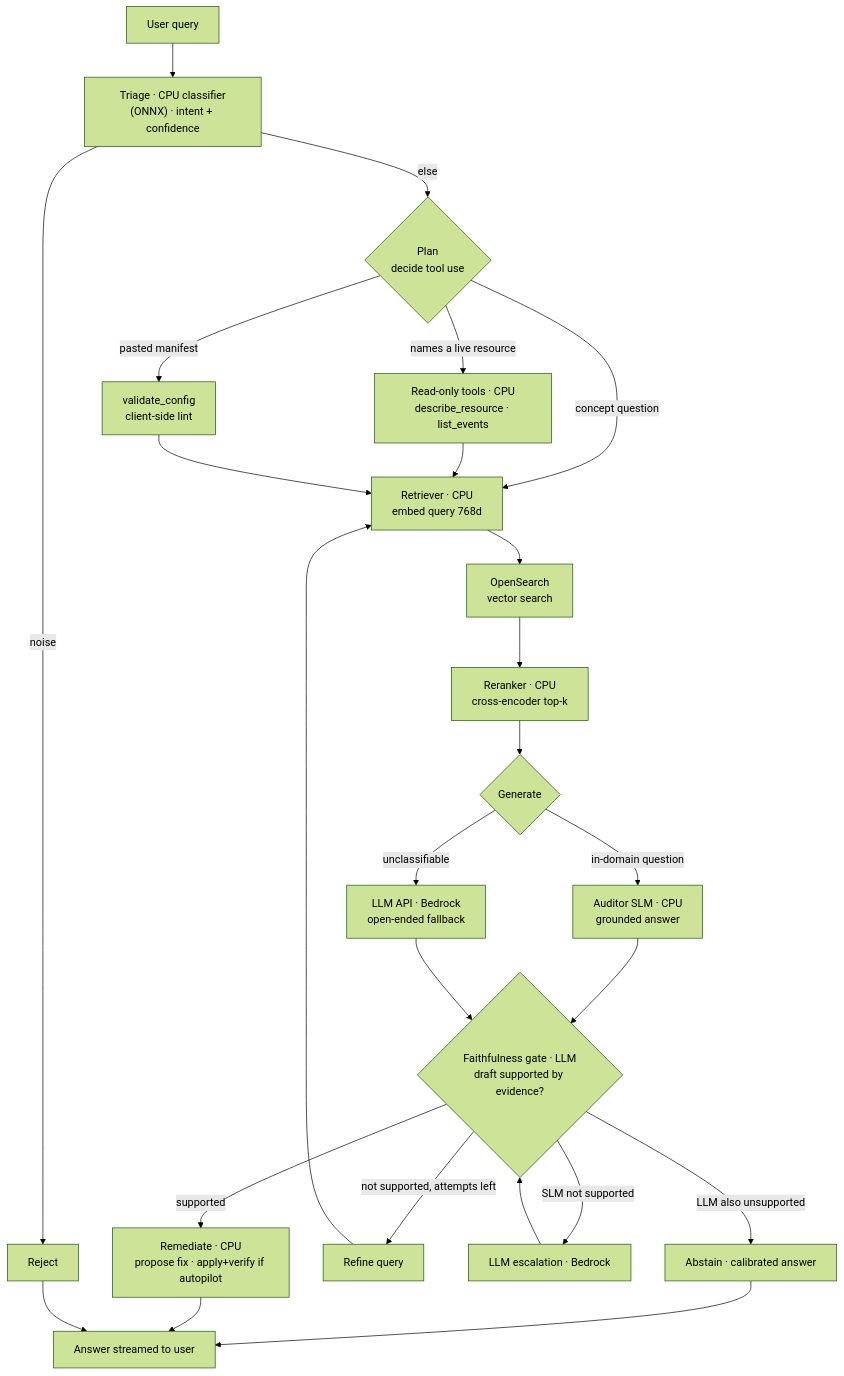
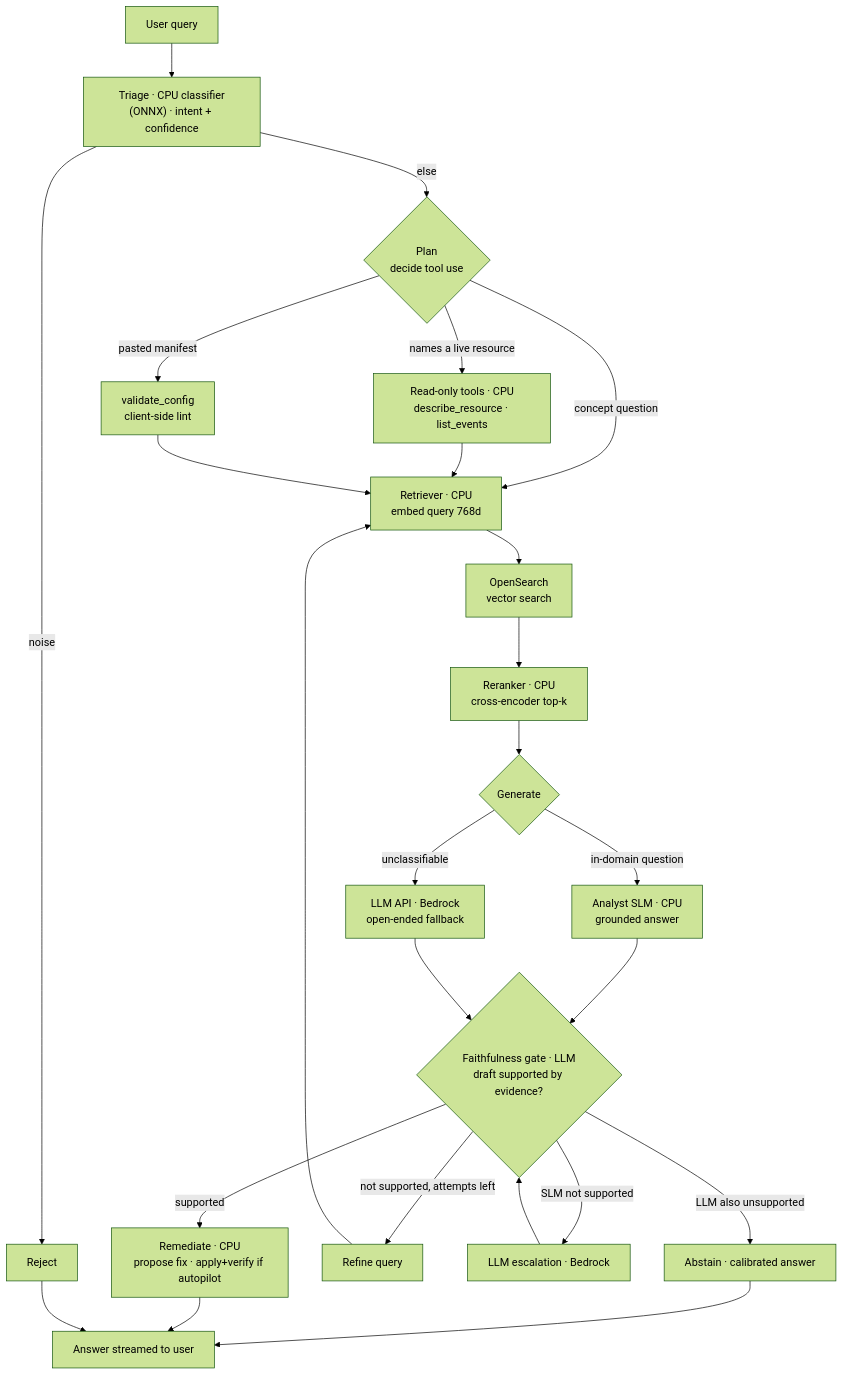
One commit to aws-samples/sample-slemify changed the first of 3 diagrams in examples/k8s-autoscaling/demo/README.md. Above: the diagram before and after it, drawn with Mermaid (forest theme). The commit also changed other lines of this file and 27 other files, not shown here.

````diff
--- a/examples/k8s-autoscaling/demo/README.md
+++ b/examples/k8s-autoscaling/demo/README.md
@@ -28,24 +28,24 @@
 ```mermaid
 flowchart TD
     U[User query] --> T["Triage · CPU classifier<br/>(ONNX) · intent + confidence"]
     T -->|noise| RJ[Reject]
     T -->|else| P{"Plan<br/>decide tool use"}
     P -->|names a live resource| TL["Read-only tools · CPU<br/>describe_resource · list_events"]
     P -->|pasted manifest| VC["validate_config<br/>client-side lint"]
     P -->|concept question| EM
     TL --> EM
     VC --> EM
     EM["Retriever · CPU<br/>embed query 768d"] --> OS["OpenSearch<br/>vector search"]
     OS --> RR["Reranker · CPU<br/>cross-encoder top-k"]
     RR --> GEN{Generate}
-    GEN -->|in-domain question| AUD["Auditor SLM · CPU<br/>grounded answer"]
+    GEN -->|in-domain question| AUD["Analyst SLM · CPU<br/>grounded answer"]
     GEN -->|unclassifiable| LLM["LLM API · Bedrock<br/>open-ended fallback"]
     AUD --> CR{"Faithfulness gate · LLM<br/>draft supported by evidence?"}
     LLM --> CR
     CR -->|supported| RM["Remediate · CPU<br/>propose fix · apply+verify if autopilot"]
     CR -->|not supported, attempts left| RF["Refine query"] --> EM
     CR -->|SLM not supported| ESC["LLM escalation · Bedrock"] --> CR
     CR -->|LLM also unsupported| AB["Abstain · calibrated answer"] --> OUT
     RM --> OUT[Answer streamed to user]
     RJ --> OUT
 ```
````
